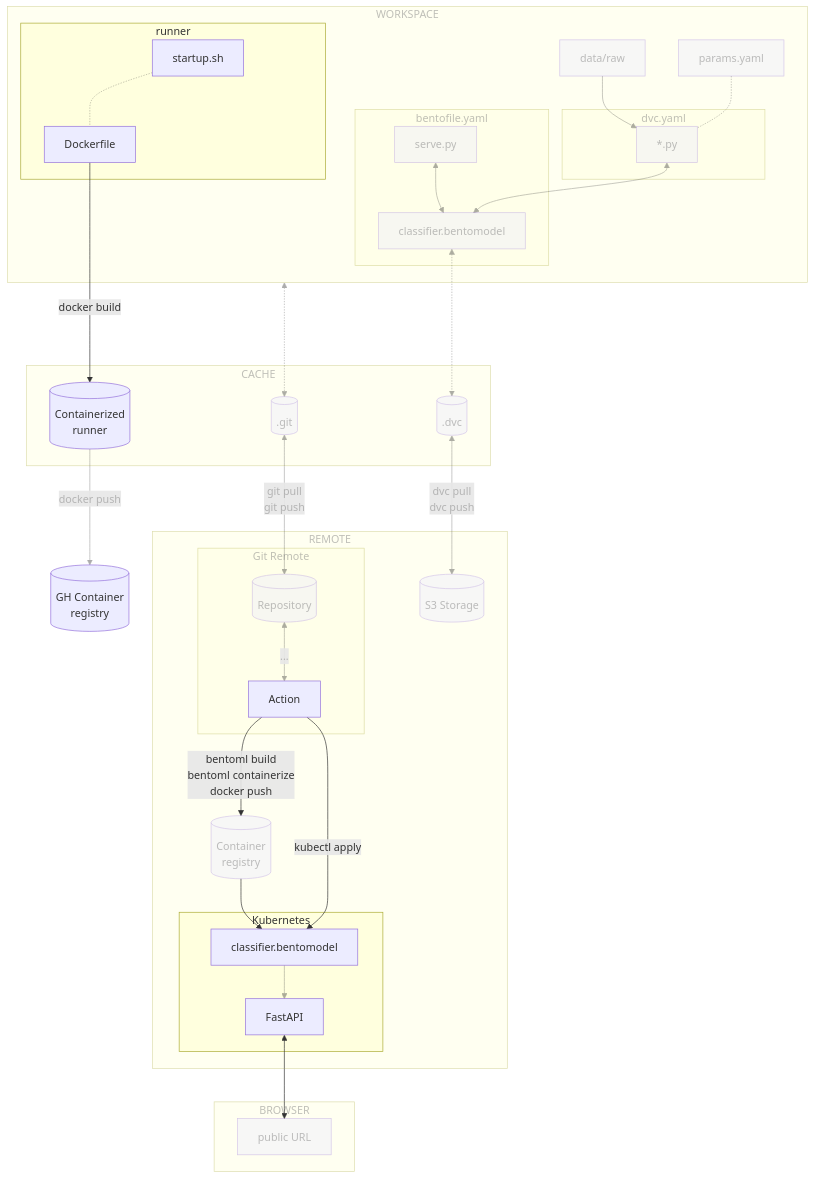
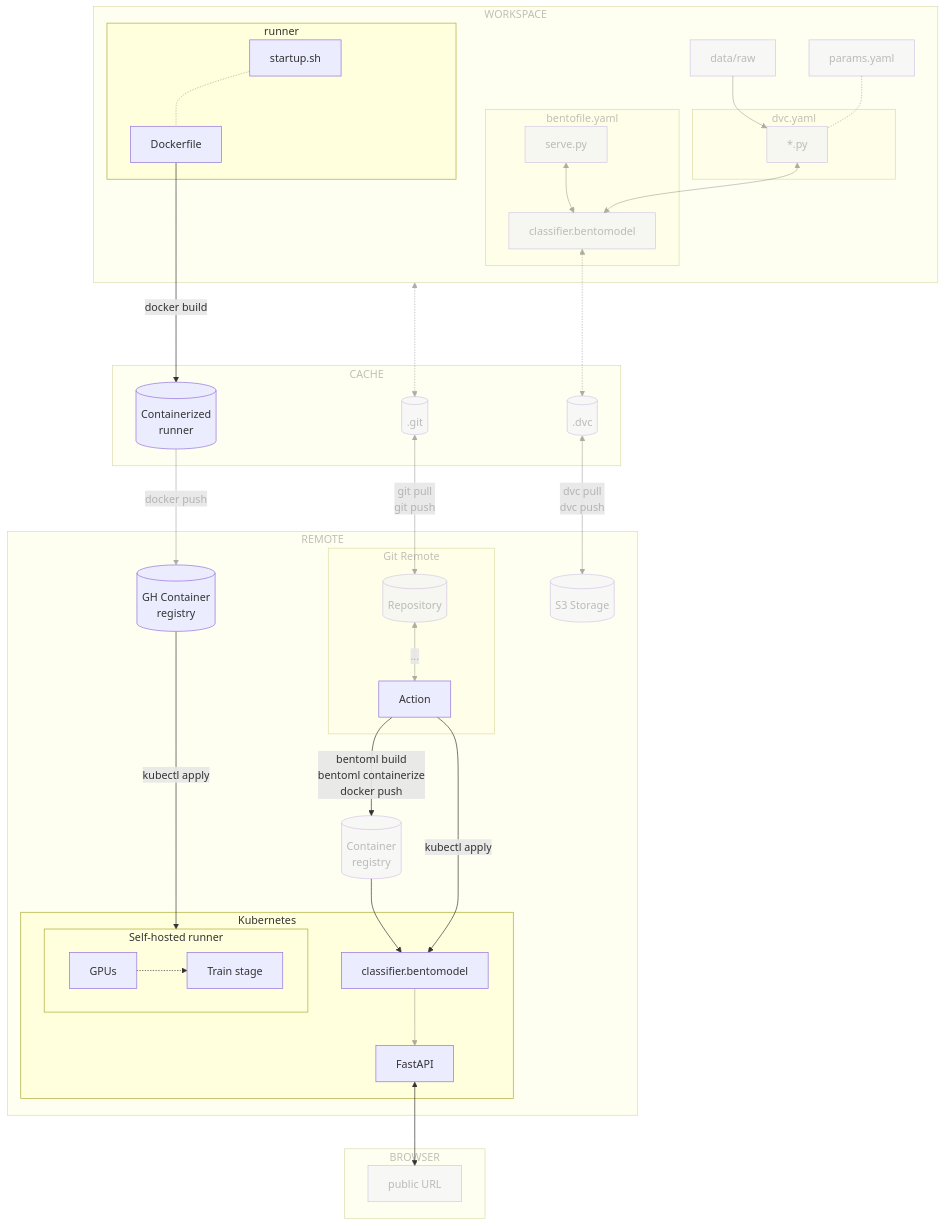
The diagram in docs/part-3-serve-and-deploy-the-model/chapter-17-use-a-self-hosted-cicd-pipeline.md (swiss-ai-center/a-guide-to-mlops), drawn with Mermaid before and after one commit. The commit also changed 1 other file, not shown here.

Commit message:
Adjust mermaid graphs

```diff
--- a/docs/part-3-serve-and-deploy-the-model/chapter-17-use-a-self-hosted-cicd-pipeline.md
+++ b/docs/part-3-serve-and-deploy-the-model/chapter-17-use-a-self-hosted-cicd-pipeline.md
@@ -77,7 +77,12 @@
                     docker push|registry
         subgraph clusterGraph[Kubernetes]
             bento_service_cluster[classifier.bentomodel] --> k8s_fastapi[FastAPI]
+            subgraph base_runner[Self-hosted runner]
+                pod_train[Train stage]
+                k8s_gpu[GPUs] -.-> pod_train
+            end
         end
+        registry_docker --> |kubectl apply|base_runner
         registry --> bento_service_cluster
         action --> |kubectl apply|bento_service_cluster
     end
```
